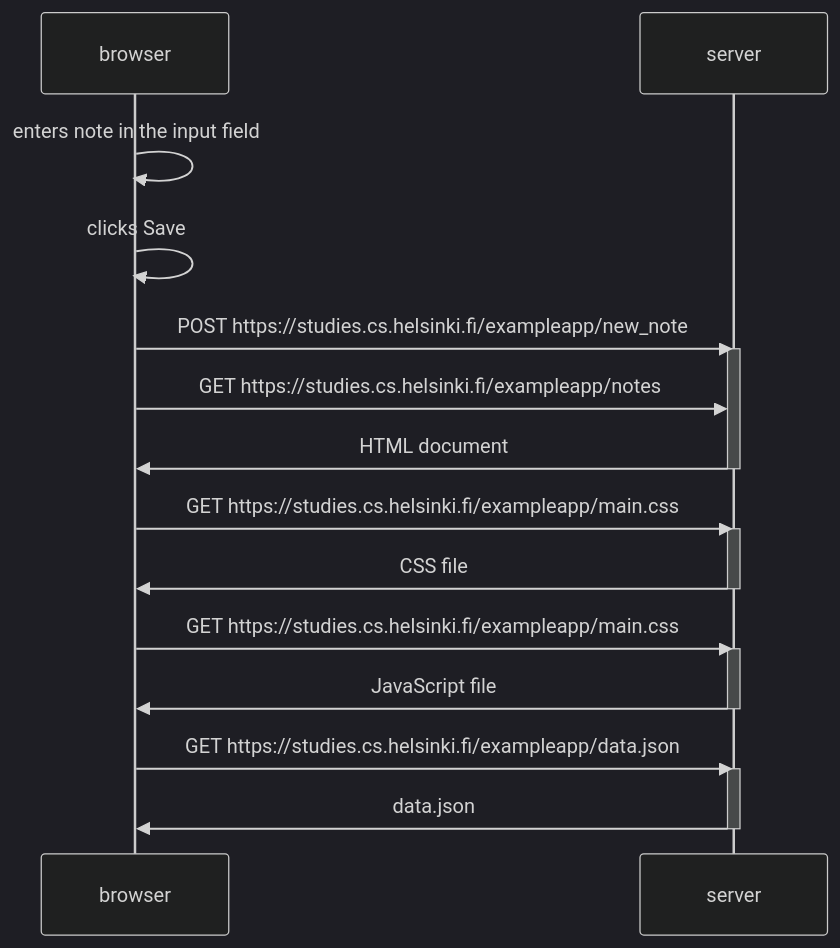
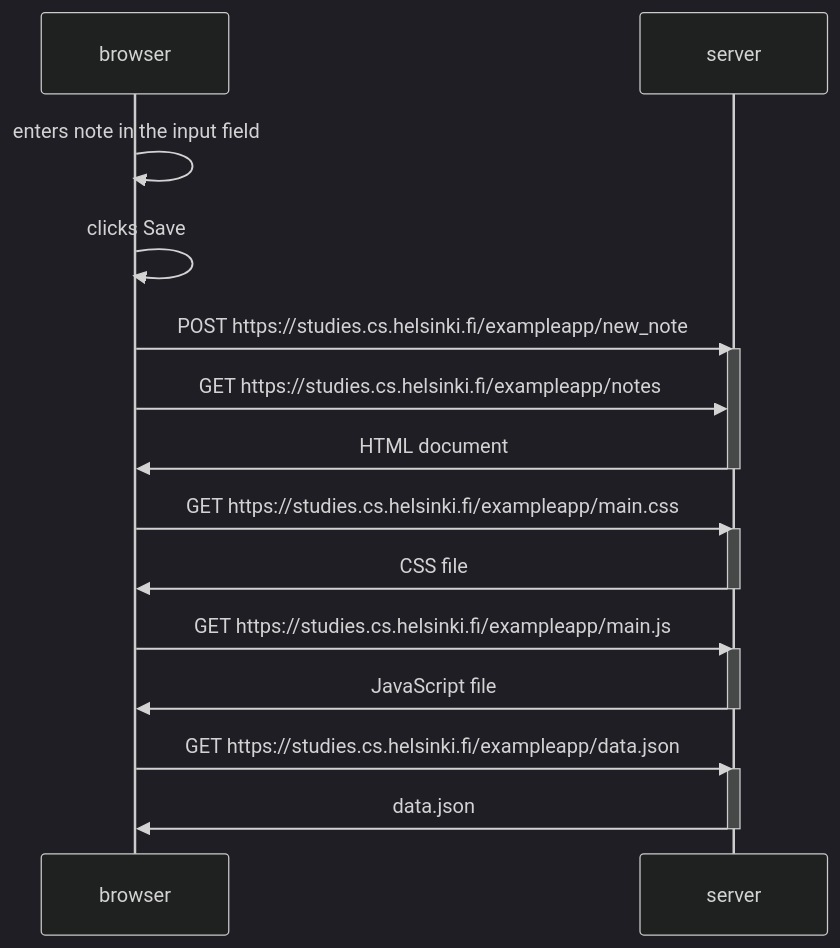
The diagram in 0.4-NewNoteDiagram/README.md (mahmodlte/full-stack-open-part-0), drawn with Mermaid (dark theme) before and after one commit.

Commit message:
Fixed typo in file name

````diff
--- a/0.4-NewNoteDiagram/README.md
+++ b/0.4-NewNoteDiagram/README.md
@@ -1,26 +1,26 @@
 ```mermaid
 sequenceDiagram
     participant browser
     participant server
     browser->> browser:enters note in the input field
     browser->> browser:clicks Save
     browser->>server: POST https://studies.cs.helsinki.fi/exampleapp/new_note
     activate server
     browser->>server: GET https://studies.cs.helsinki.fi/exampleapp/notes
     server->>browser: HTML document
     deactivate server
     browser->>server: GET https://studies.cs.helsinki.fi/exampleapp/main.css
     activate server
     server->>browser: CSS file
     deactivate server
-    browser->>server: GET https://studies.cs.helsinki.fi/exampleapp/main.css
+    browser->>server: GET https://studies.cs.helsinki.fi/exampleapp/main.js
     activate server
     server->>browser: JavaScript file
     deactivate server
     browser->>server: GET https://studies.cs.helsinki.fi/exampleapp/data.json
     activate server
     server->>browser: data.json
     deactivate server
 
 
 ```
````
